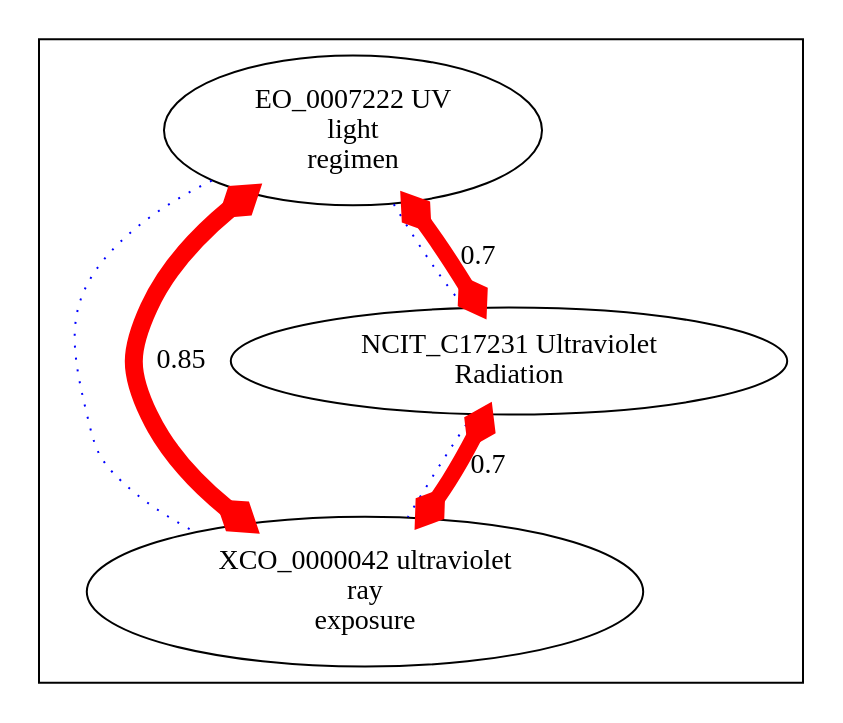
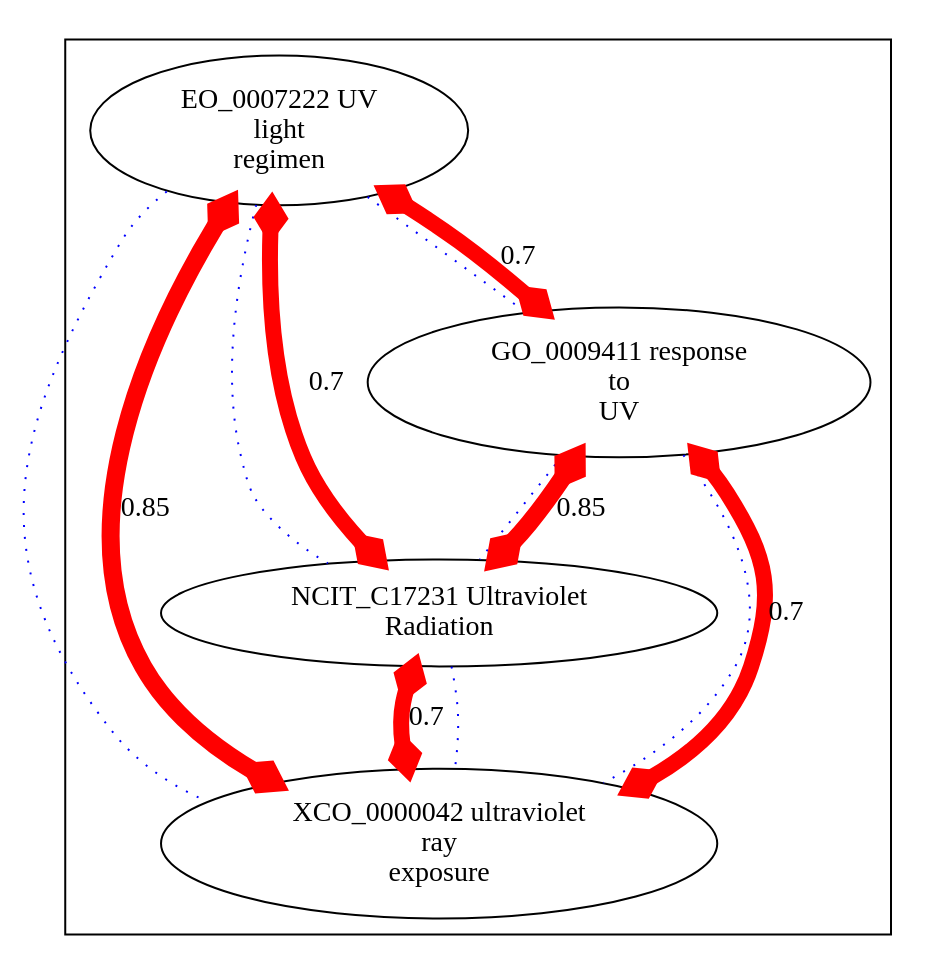
One commit to cmungall/radiation-ontology changed the diagram in target/img-XCO_0000042.dot. Above: the diagram before and after it, drawn with Graphviz. The commit also changed 22 other files, not shown here.

```diff
--- a/target/img-XCO_0000042.dot
+++ b/target/img-XCO_0000042.dot
@@ -1,20 +1,35 @@
 digraph cliquegraph {
 subgraph cluster_XCO_0000042 {XCO_0000042 [ label="XCO_0000042 ultraviolet
 ray
 exposure" ];
+NCIT_C17231 [ label="NCIT_C17231 Ultraviolet
+Radiation" ];
+GO_0009411 [ label="GO_0009411 response
+to
+UV" ];
 EO_0007222 [ label="EO_0007222 UV
 light
-regimen" ];
-NCIT_C17231 [ label="NCIT_C17231 Ultraviolet
-Radiation" ];}
+regimen" ];}
+GO_0009411 -> XCO_0000042 [ arrowhead = none, penwidth=1, color=blue, label="", style=dotted]
+
+NCIT_C17231 -> XCO_0000042 [ arrowhead = none, penwidth=1, color=blue, label="", style=dotted]
+
 EO_0007222 -> NCIT_C17231 [ arrowhead = none, penwidth=1, color=blue, label="", style=dotted]
 
 EO_0007222 -> XCO_0000042 [ arrowhead = none, penwidth=1, color=blue, label="", style=dotted]
 
-NCIT_C17231 -> XCO_0000042 [ arrowhead = none, penwidth=1, color=blue, label="", style=dotted]
+EO_0007222 -> GO_0009411 [ arrowhead = none, penwidth=1, color=blue, label="", style=dotted]
+
+GO_0009411 -> NCIT_C17231 [ arrowhead = none, penwidth=1, color=blue, label="", style=dotted]
+GO_0009411 -> NCIT_C17231 [ arrowhead = ediamond, penwidth=9, color=red, label="0.85", style=solid, arrowtail=ediamond, dir=both]
+
+GO_0009411 -> XCO_0000042 [ arrowhead = ediamond, penwidth=8, color=red, label="0.7", style=solid, arrowtail=ediamond, dir=both]
+
 EO_0007222 -> XCO_0000042 [ arrowhead = ediamond, penwidth=9, color=red, label="0.85", style=solid, arrowtail=ediamond, dir=both]
 
 NCIT_C17231 -> XCO_0000042 [ arrowhead = ediamond, penwidth=8, color=red, label="0.7", style=solid, arrowtail=ediamond, dir=both]
 
 EO_0007222 -> NCIT_C17231 [ arrowhead = ediamond, penwidth=8, color=red, label="0.7", style=solid, arrowtail=ediamond, dir=both]
+
+EO_0007222 -> GO_0009411 [ arrowhead = ediamond, penwidth=8, color=red, label="0.7", style=solid, arrowtail=ediamond, dir=both]
 }
```
